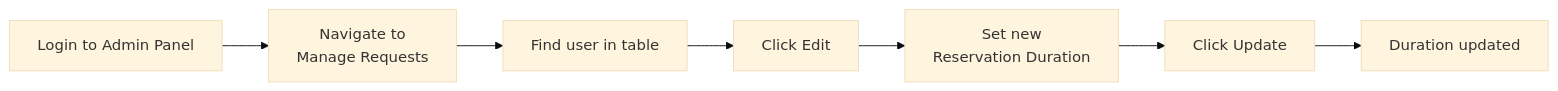
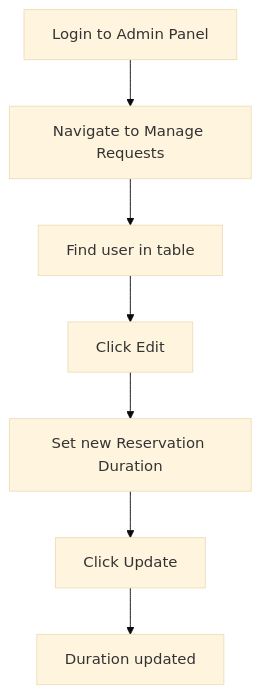
One commit to ColfaxResearch/cxpn-admin-readthedocs changed the fourth of 7 diagrams in docs/source/workflow-examples.rst. Above: the diagram before and after it, drawn with Mermaid (base theme). The commit also changed other lines of this file, not shown here.

Commit message:
switch workflow diagrams from horizontal to vertical layout

```diff
--- a/docs/source/workflow-examples.rst
+++ b/docs/source/workflow-examples.rst
@@ -75,9 +75,9 @@
 .. mermaid::
 
-   graph LR
-       A[Login to Admin Panel] --> B[Navigate to<br>Manage Requests]
+   graph TD
+       A[Login to Admin Panel] --> B[Navigate to Manage Requests]
        B --> C[Find user in table]
        C --> D[Click Edit]
-       D --> E[Set new<br>Reservation Duration]
+       D --> E[Set new Reservation Duration]
        E --> F[Click Update]
        F --> G[Duration updated]
```
